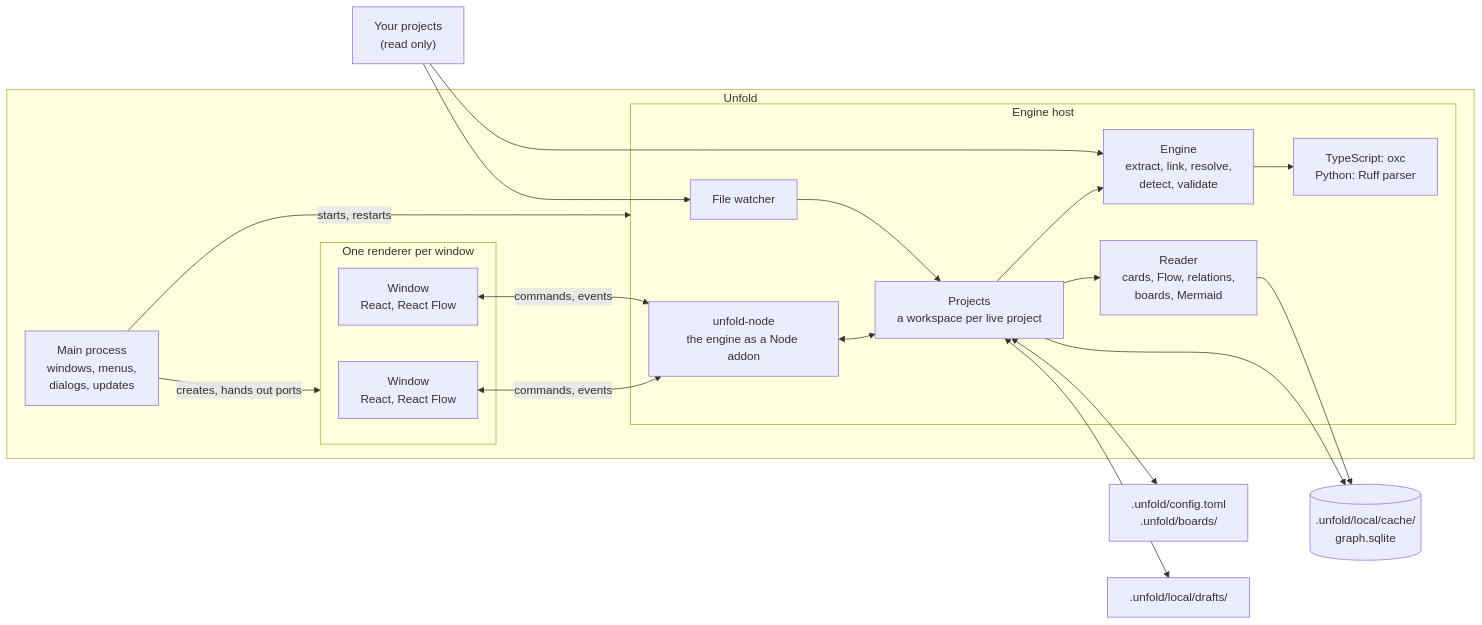
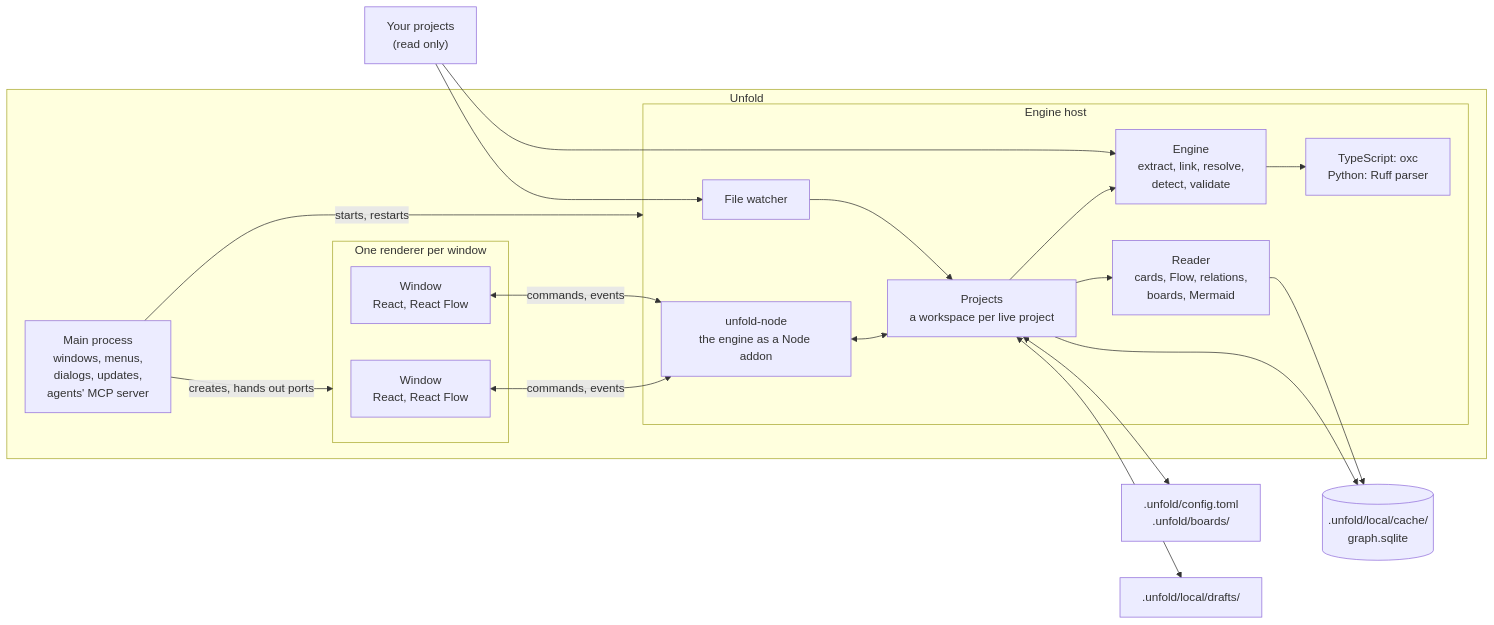
Before and after one commit to Lazar-Agoev/unfold: the diagram in docs/architecture.md, drawn with Mermaid. The commit also changed other lines of this file and 11 other files, not shown here.

````diff
--- a/docs/architecture.md
+++ b/docs/architecture.md
@@ -106,37 +108,37 @@
 ```mermaid
 flowchart LR
     Folder["Your projects<br/>(read only)"]
     subgraph App["Unfold"]
-        Main["Main process<br/>windows, menus,<br/>dialogs, updates"]
+        Main["Main process<br/>windows, menus,<br/>dialogs, updates,<br/>agents' MCP server"]
         subgraph Windows["One renderer per window"]
             UI1["Window<br/>React, React Flow"]
             UI2["Window<br/>React, React Flow"]
         end
         subgraph Host["Engine host"]
             Addon["unfold-node<br/>the engine as a Node addon"]
             Workspace["Projects<br/>a workspace per live project"]
             Watcher["File watcher"]
             Engine["Engine<br/>extract, link, resolve,<br/>detect, validate"]
             Languages["TypeScript: oxc<br/>Python: Ruff parser"]
             Reader["Reader<br/>cards, Flow, relations,<br/>boards, Mermaid"]
         end
     end
     Store[(".unfold/local/cache/<br/>graph.sqlite")]
     Shared[".unfold/config.toml<br/>.unfold/boards/"]
     Drafts[".unfold/local/drafts/"]
     Main -->|creates, hands out ports| Windows
     Main -->|starts, restarts| Host
     UI1 <-->|commands, events| Addon
     UI2 <-->|commands, events| Addon
     Addon <--> Workspace
     Folder --> Watcher
     Watcher --> Workspace
     Workspace --> Engine
     Engine --> Languages
     Folder --> Engine
     Workspace --> Store
     Reader --> Store
     Workspace --> Reader
     Workspace <--> Shared
     Workspace <--> Drafts
 ```
````
